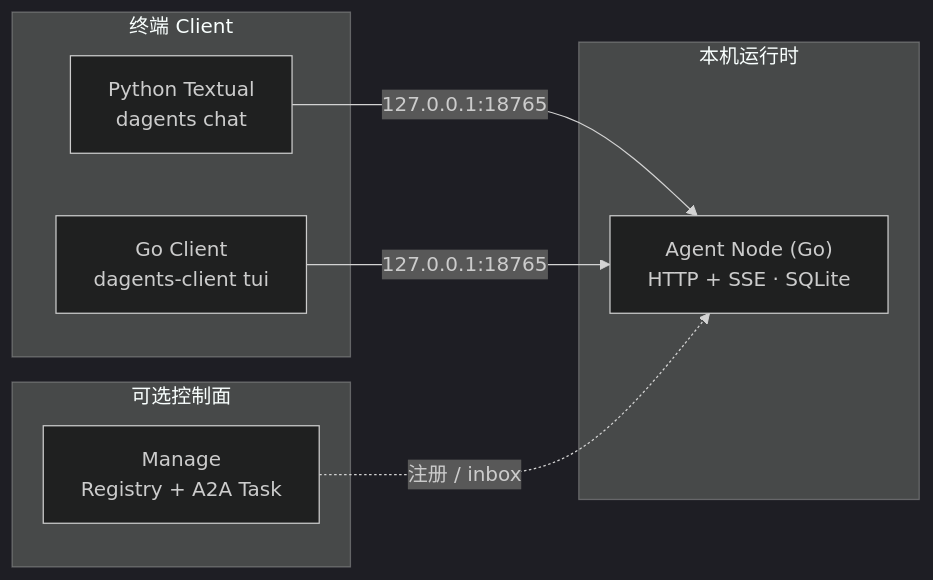
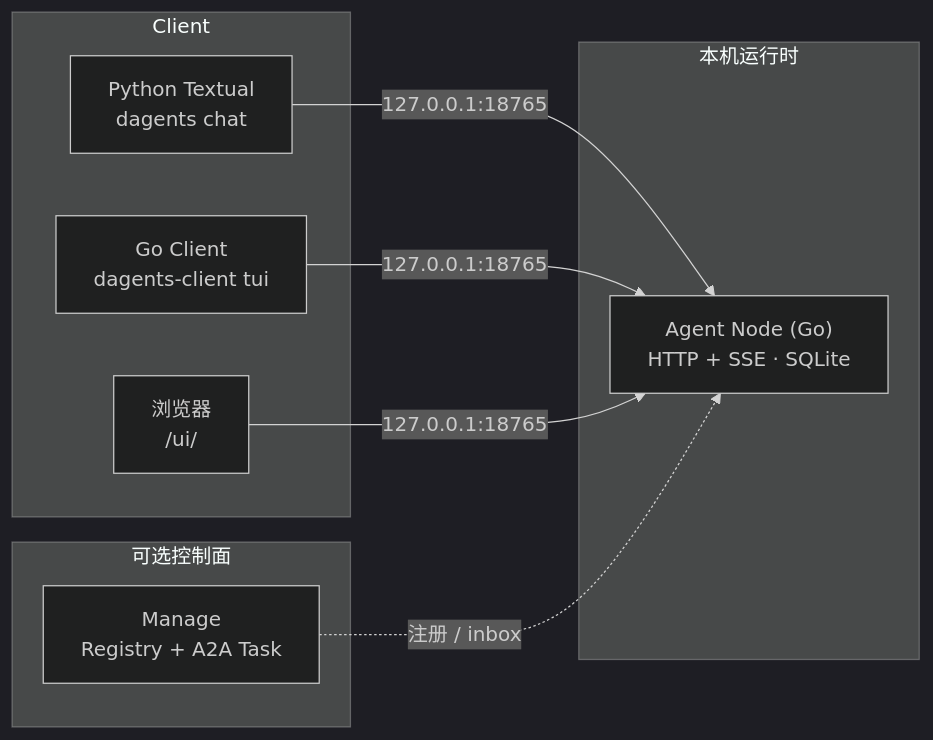
One commit to DGS-ai-team/DAgents changed the diagram in README.md. Above: the diagram before and after it, drawn with Mermaid (dark theme). The commit also changed other lines of this file and 91 other files, not shown here.

First line of the commit message:
feat(node): 内嵌 Web UI 与发布/启动链路完善

````diff
--- a/README.md
+++ b/README.md
@@ -79,19 +83,21 @@
 ```mermaid
 flowchart LR
-  subgraph clients [终端 Client]
+  subgraph clients [Client]
     PY["Python Textual<br/>dagents chat"]
     GO["Go Client<br/>dagents-client tui"]
+    WEB["浏览器<br/>/ui/"]
   end
 
   subgraph runtime [本机运行时]
     NODE["Agent Node (Go)<br/>HTTP + SSE · SQLite"]
   end
 
   subgraph optional [可选控制面]
     MG["Manage<br/>Registry + A2A Task"]
   end
 
   PY -->|127.0.0.1:18765| NODE
   GO -->|127.0.0.1:18765| NODE
+  WEB -->|127.0.0.1:18765| NODE
   MG -.->|注册 / inbox| NODE
 ```
````
